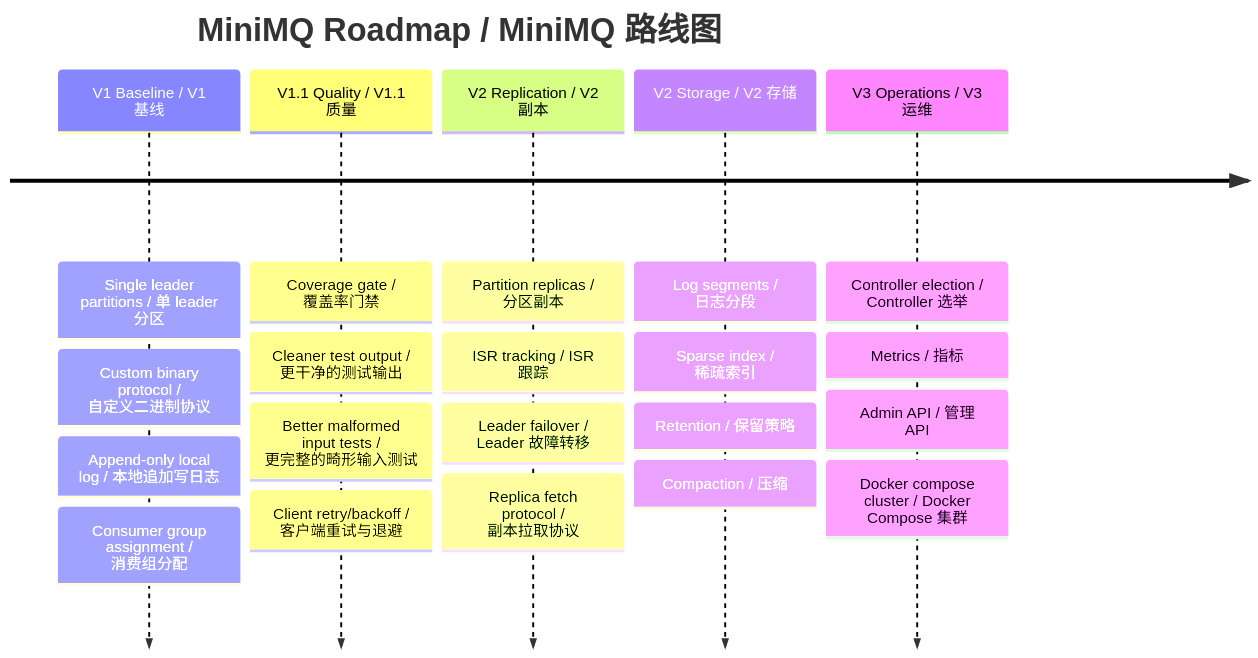
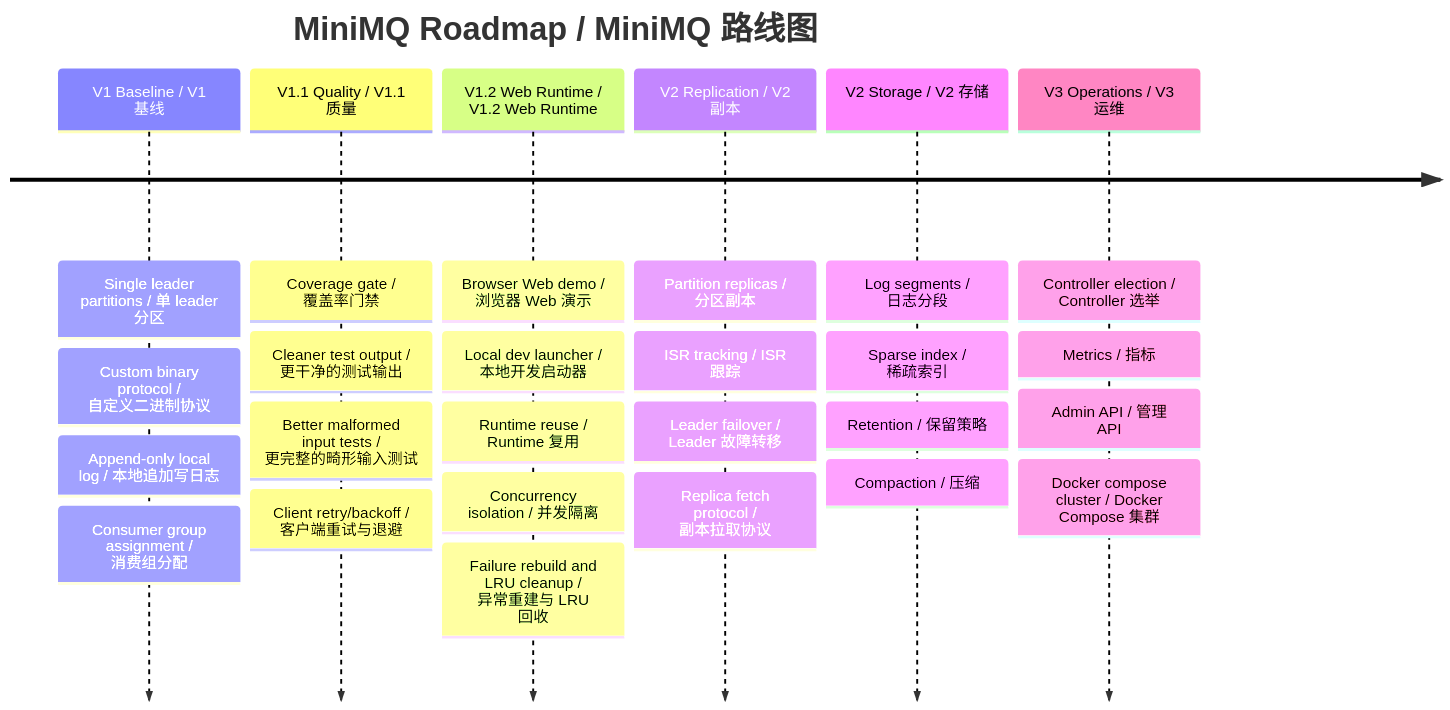
Before and after one commit to wxw121/miniMQ: the first of 3 diagrams in docs/roadmap.md, drawn with Mermaid. The commit also changed other lines of this file and 27 other files, not shown here.

Commit message:
chore: sync v1.2 web runtime docs

````diff
--- a/docs/roadmap.md
+++ b/docs/roadmap.md
@@ -31,24 +34,29 @@
 ```mermaid
 timeline
     title MiniMQ Roadmap / MiniMQ 路线图
     V1 Baseline / V1 基线 : Single leader partitions / 单 leader 分区
                            : Custom binary protocol / 自定义二进制协议
                            : Append-only local log / 本地追加写日志
                            : Consumer group assignment / 消费组分配
     V1.1 Quality / V1.1 质量 : Coverage gate / 覆盖率门禁
                              : Cleaner test output / 更干净的测试输出
                              : Better malformed input tests / 更完整的畸形输入测试
                              : Client retry/backoff / 客户端重试与退避
+    V1.2 Web Runtime / V1.2 Web Runtime : Browser Web demo / 浏览器 Web 演示
+                                         : Local dev launcher / 本地开发启动器
+                                         : Runtime reuse / Runtime 复用
+                                         : Concurrency isolation / 并发隔离
+                                         : Failure rebuild and LRU cleanup / 异常重建与 LRU 回收
     V2 Replication / V2 副本 : Partition replicas / 分区副本
                              : ISR tracking / ISR 跟踪
                              : Leader failover / Leader 故障转移
                              : Replica fetch protocol / 副本拉取协议
     V2 Storage / V2 存储 : Log segments / 日志分段
                           : Sparse index / 稀疏索引
                           : Retention / 保留策略
                           : Compaction / 压缩
     V3 Operations / V3 运维 : Controller election / Controller 选举
                             : Metrics / 指标
                             : Admin API / 管理 API
                             : Docker compose cluster / Docker Compose 集群
 ```
````
